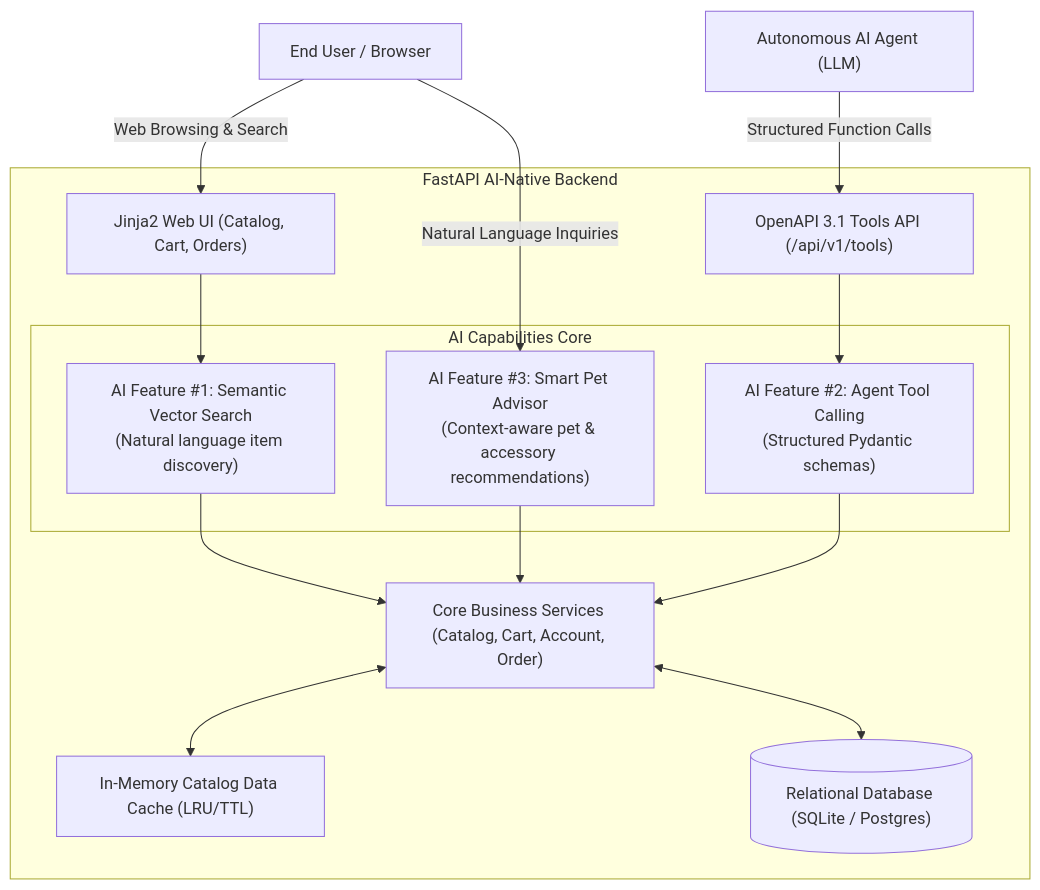
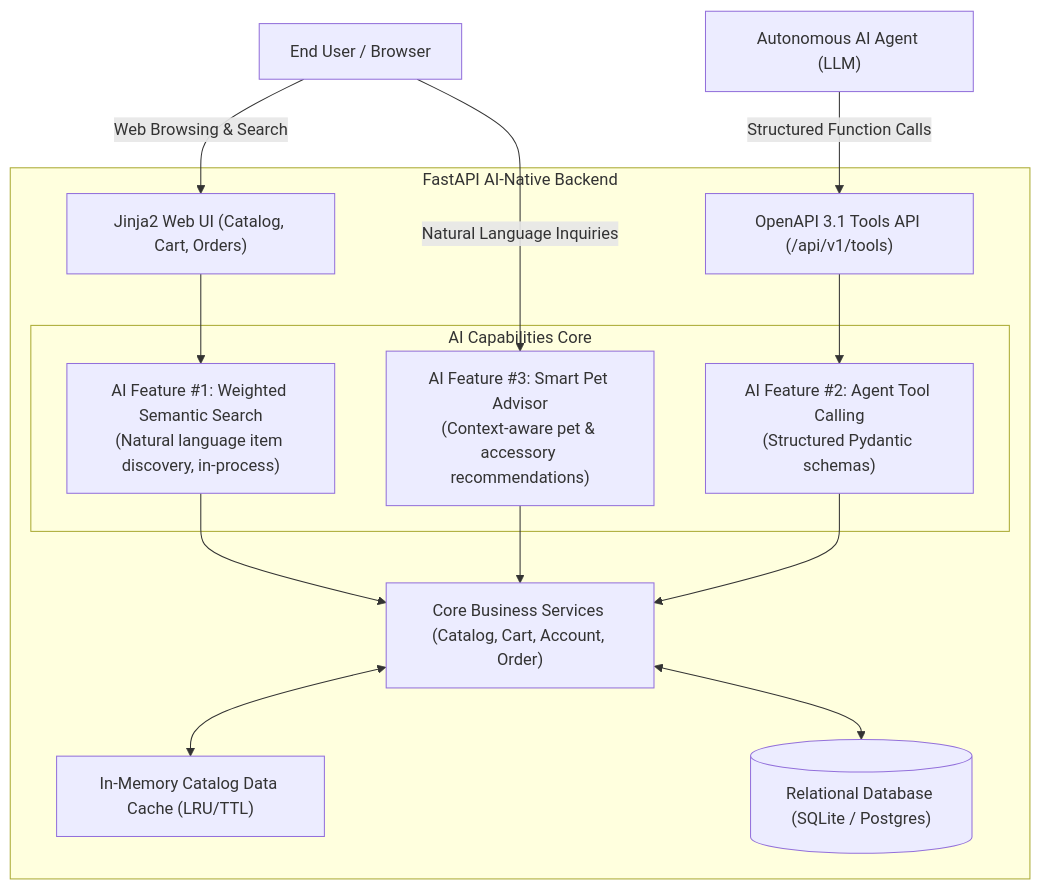
The first of 2 diagrams in docs/jpetstore_migration_proposal_and_roadmap.md (skillencetech/jpetstore), drawn with Mermaid before and after one commit. The commit also changed other lines of this file and 8 other files, not shown here.

````diff
--- a/docs/jpetstore_migration_proposal_and_roadmap.md
+++ b/docs/jpetstore_migration_proposal_and_roadmap.md
@@ -34,33 +36,33 @@
 ```mermaid
 graph TD
     User["End User / Browser"]
     Agent["Autonomous AI Agent (LLM)"]
 
     subgraph FastAPI_Backend["FastAPI AI-Native Backend"]
         WebRouter["Jinja2 Web UI (Catalog, Cart, Orders)"]
         APIRouter["OpenAPI 3.1 Tools API (/api/v1/tools)"]
         
         subgraph AI_Engine["AI Capabilities Core"]
-            SemanticSearch["AI Feature #1: Semantic Vector Search<br/>(Natural language item discovery)"]
+            SemanticSearch["AI Feature #1: Weighted Semantic Search<br/>(Natural language item discovery, in-process)"]
             AgentTools["AI Feature #2: Agent Tool Calling<br/>(Structured Pydantic schemas)"]
             PetAdvisor["AI Feature #3: Smart Pet Advisor<br/>(Context-aware pet & accessory recommendations)"]
         end
 
         Services["Core Business Services (Catalog, Cart, Account, Order)"]
         DataCache["In-Memory Catalog Data Cache (LRU/TTL)"]
         DB[("Relational Database (SQLite / Postgres)")]
     end
 
     User -->|Web Browsing & Search| WebRouter
     User -->|Natural Language Inquiries| PetAdvisor
     Agent -->|Structured Function Calls| APIRouter
     
     WebRouter --> SemanticSearch
     SemanticSearch --> Services
     PetAdvisor --> Services
     APIRouter --> AgentTools
     AgentTools --> Services
     
     Services <--> DataCache
     Services <--> DB
 ```
````
